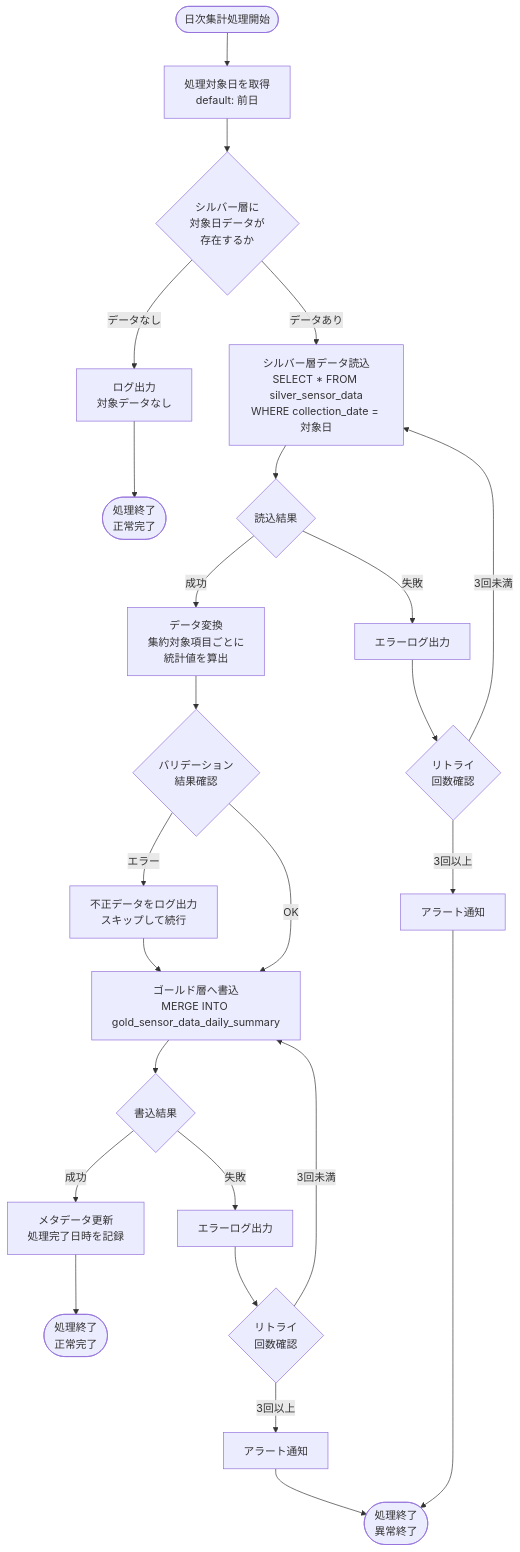
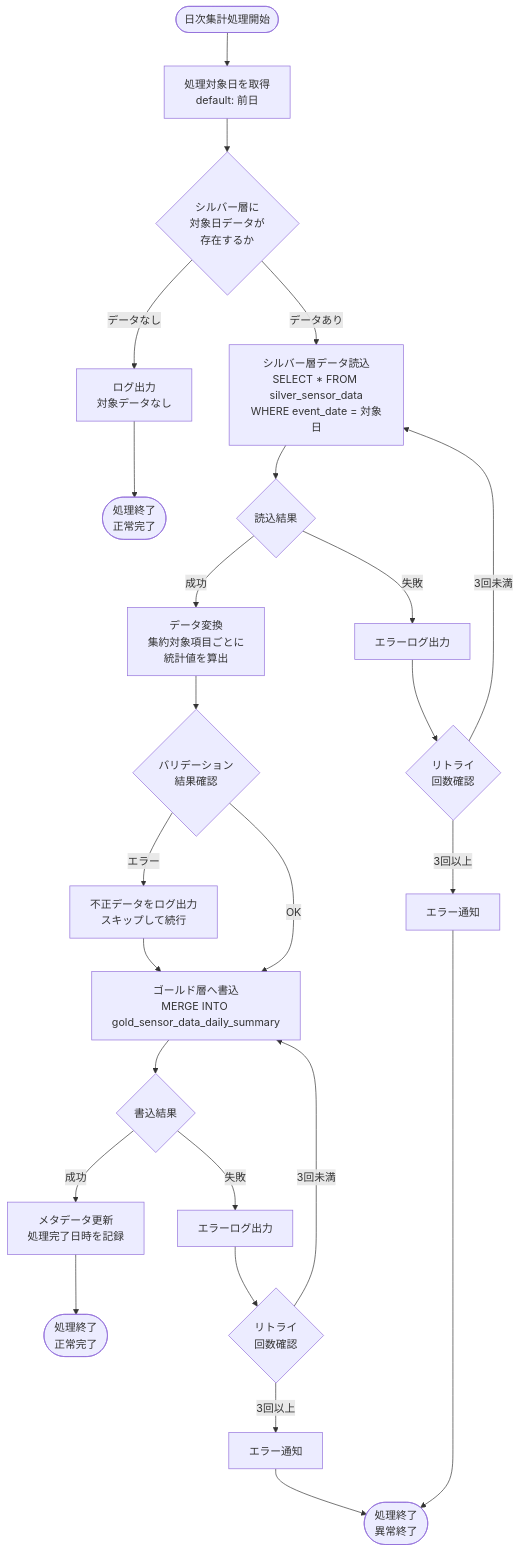
Before and after one commit to NSW-SVCP-AIWG002/Databricks-IoT: the first of 5 diagrams in docs/03-features/ldp-pipeline/gold_layer/ldp-pipeline-specification.md, drawn with Mermaid. The commit also changed other lines of this file and 4 other files, not shown here.

````diff
--- a/docs/03-features/ldp-pipeline/gold_layer/ldp-pipeline-specification.md
+++ b/docs/03-features/ldp-pipeline/gold_layer/ldp-pipeline-specification.md
@@ -72,34 +109,34 @@
 ```mermaid
 flowchart TD
     Start([日次集計処理開始]) --> GetDate[処理対象日を取得<br>default: 前日]
     GetDate --> CheckSource{シルバー層に<br>対象日データが<br>存在するか}
 
     CheckSource -->|データなし| LogNoData[ログ出力<br>対象データなし]
     LogNoData --> EndNoData([処理終了<br>正常完了])
 
-    CheckSource -->|データあり| ReadSilver[シルバー層データ読込<br>SELECT * FROM silver_sensor_data<br>WHERE collection_date = 対象日]
+    CheckSource -->|データあり| ReadSilver[シルバー層データ読込<br>SELECT * FROM silver_sensor_data<br>WHERE event_date = 対象日]
     ReadSilver --> CheckRead{読込結果}
 
     CheckRead -->|成功| Transform[データ変換<br>集約対象項目ごとに<br>統計値を算出]
     CheckRead -->|失敗| ErrorRead[エラーログ出力]
     ErrorRead --> RetryRead{リトライ<br>回数確認}
     RetryRead -->|3回未満| ReadSilver
-    RetryRead -->|3回以上| AlertRead[アラート通知]
+    RetryRead -->|3回以上| AlertRead[エラー通知]
     AlertRead --> EndError([処理終了<br>異常終了])
 
     Transform --> Validate{バリデーション<br>結果確認}
     Validate -->|エラー| ErrorValidate[不正データをログ出力<br>スキップして続行]
     ErrorValidate --> WriteGold
 
     Validate -->|OK| WriteGold[ゴールド層へ書込<br>MERGE INTO gold_sensor_data_daily_summary]
     WriteGold --> CheckWrite{書込結果}
 
     CheckWrite -->|成功| UpdateMeta[メタデータ更新<br>処理完了日時を記録]
     UpdateMeta --> EndSuccess([処理終了<br>正常完了])
 
     CheckWrite -->|失敗| ErrorWrite[エラーログ出力]
     ErrorWrite --> RetryWrite{リトライ<br>回数確認}
     RetryWrite -->|3回未満| WriteGold
-    RetryWrite -->|3回以上| AlertWrite[アラート通知]
+    RetryWrite -->|3回以上| AlertWrite[エラー通知]
     AlertWrite --> EndError
 ```
````
